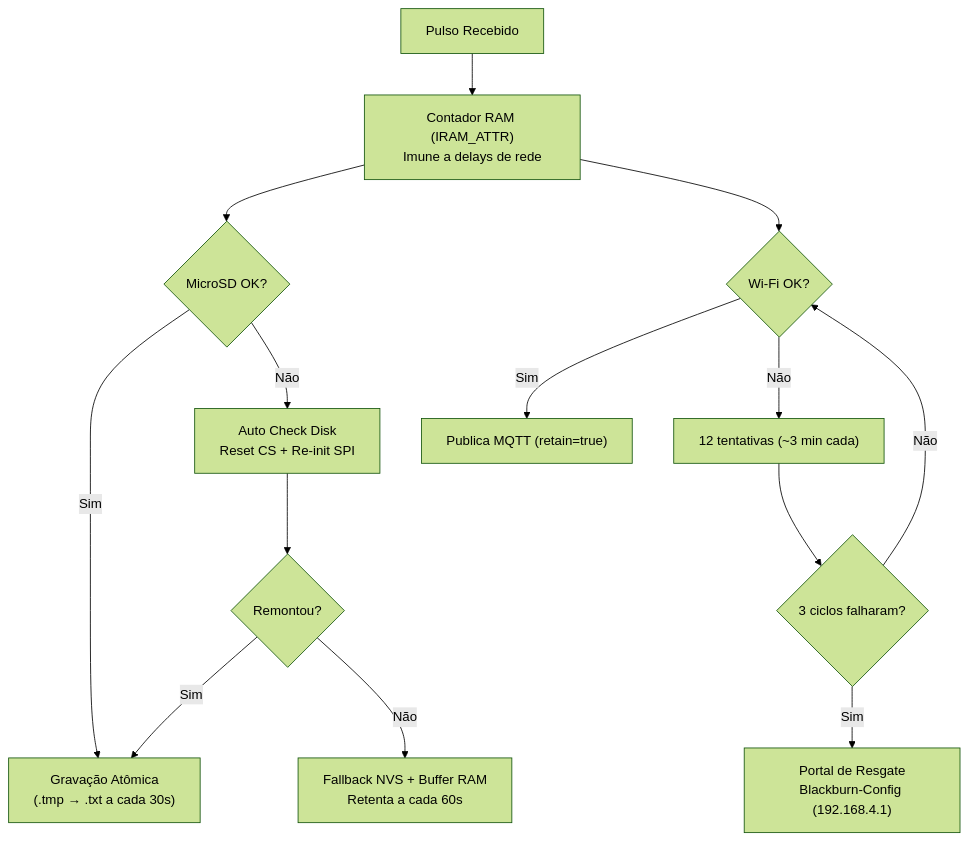
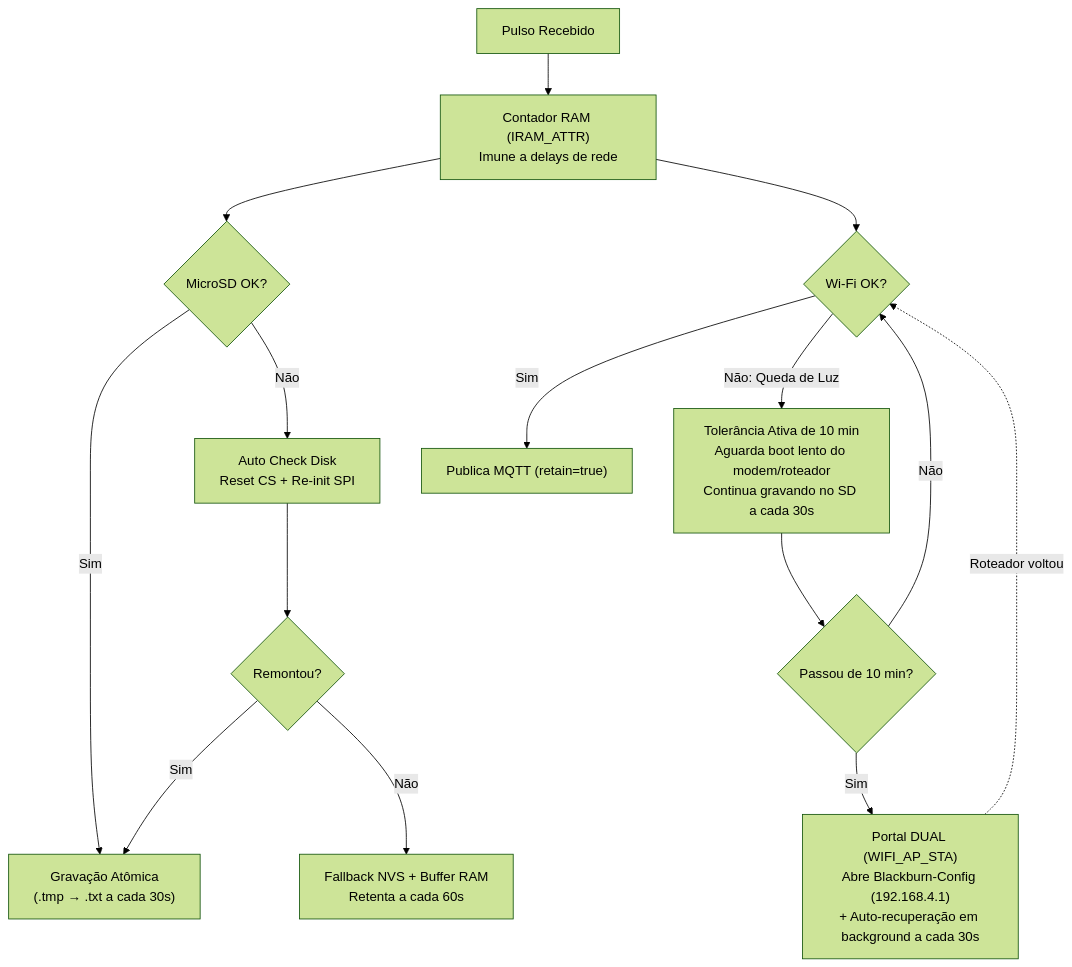
Before and after one commit to andmuniz/Blackburn-Pulse: the third of 4 diagrams in README.md, drawn with Mermaid (forest theme). The commit also changed 2 other files, not shown here.

Commit message:
feat: add esp32 firmware implementation and update documentation with auto-recovery features

````diff
--- a/README.md
+++ b/README.md
@@ -118,18 +118,19 @@
 ```mermaid
 flowchart TD
     PULSE["Pulso Recebido"] --> RAM["Contador RAM (IRAM_ATTR)\nImune a delays de rede"]
 
     RAM --> SD_OK{"MicroSD OK?"}
     SD_OK -->|Sim| ATOMIC["Gravação Atômica\n(.tmp → .txt a cada 30s)"]
     SD_OK -->|Não| REPAIR["Auto Check Disk\nReset CS + Re-init SPI"]
     REPAIR --> SD_RETRY{"Remontou?"}
     SD_RETRY -->|Sim| ATOMIC
     SD_RETRY -->|Não| NVS["Fallback NVS + Buffer RAM\nRetenta a cada 60s"]
 
     RAM --> WIFI_OK{"Wi-Fi OK?"}
     WIFI_OK -->|Sim| MQTT_PUB["Publica MQTT (retain=true)"]
-    WIFI_OK -->|Não| RETRY["12 tentativas (~3 min cada)"]
-    RETRY --> REBOOT{"3 ciclos falharam?"}
+    WIFI_OK -->|Não: Queda de Luz| TOLERANCIA["Tolerância Ativa de 10 min\nAguarda boot lento do modem/roteador\nContinua gravando no SD a cada 30s"]
+    TOLERANCIA --> REBOOT{"Passou de 10 min?"}
     REBOOT -->|Não| WIFI_OK
-    REBOOT -->|Sim| RESCUE["Portal de Resgate\nBlackburn-Config (192.168.4.1)"]
+    REBOOT -->|Sim| RESCUE["Portal DUAL (WIFI_AP_STA)\nAbre Blackburn-Config (192.168.4.1)\n+ Auto-recuperação em background a cada 30s"]
+    RESCUE -.->|"Roteador voltou"| WIFI_OK
 ```
````
